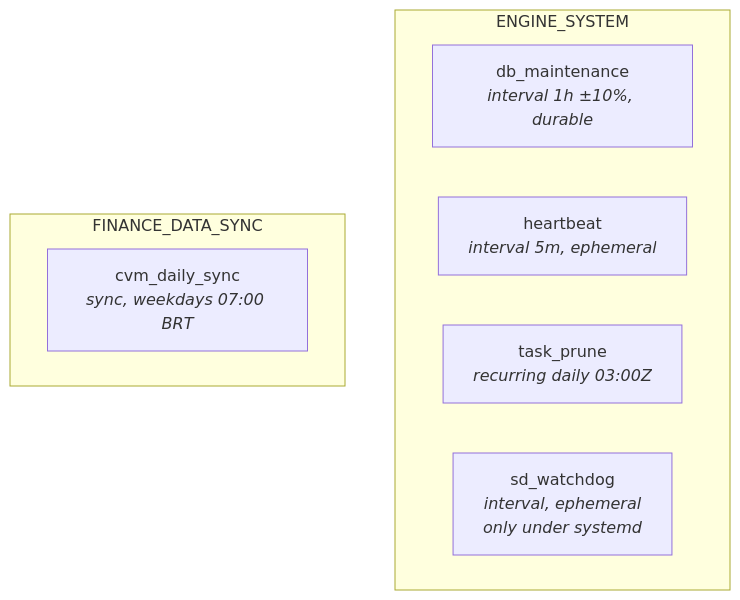
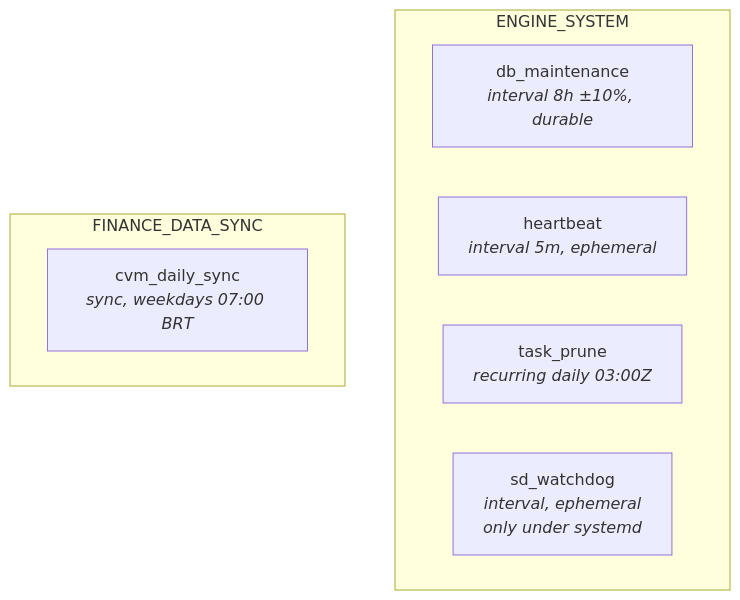
Before and after one commit to lpfmongo/valqeron: the second of 2 diagrams in docs/src/tasks/overview.md, drawn with Mermaid. The commit also changed other lines of this file and 48 other files, not shown here.

````diff
--- a/docs/src/tasks/overview.md
+++ b/docs/src/tasks/overview.md
@@ -60,13 +62,13 @@
 ```mermaid
 flowchart TB
     subgraph ENGINE_SYSTEM
         direction LR
-        A["db_maintenance<br/><i>interval 1h ±10%, durable</i>"]
+        A["db_maintenance<br/><i>interval 8h ±10%, durable</i>"]
         B["heartbeat<br/><i>interval 5m, ephemeral</i>"]
         C["task_prune<br/><i>recurring daily 03:00Z</i>"]
         D["sd_watchdog<br/><i>interval, ephemeral<br/>only under systemd</i>"]
     end
     subgraph FINANCE_DATA_SYNC
         E["cvm_daily_sync<br/><i>sync, weekdays 07:00 BRT</i>"]
     end
 ```
````
